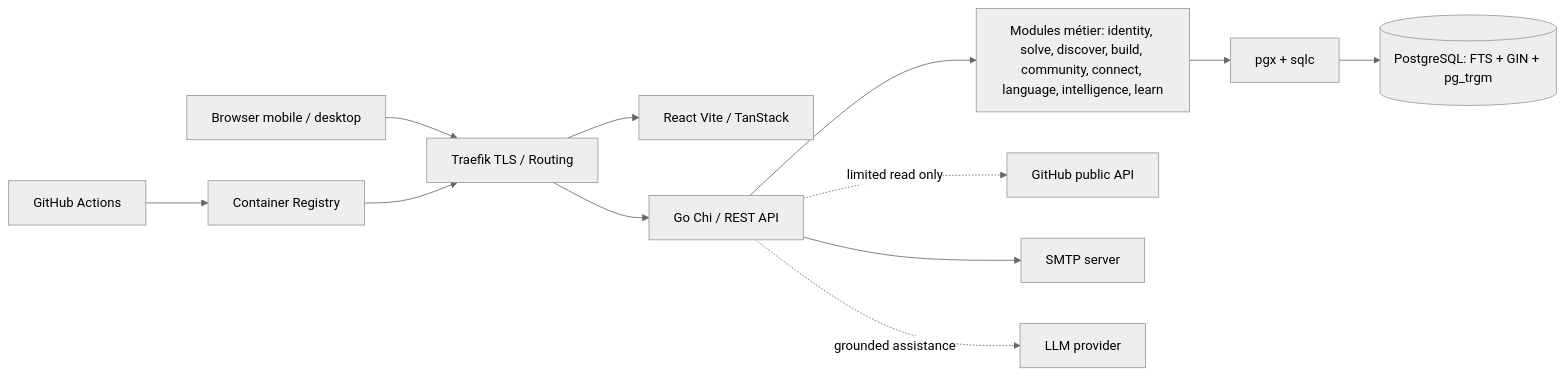
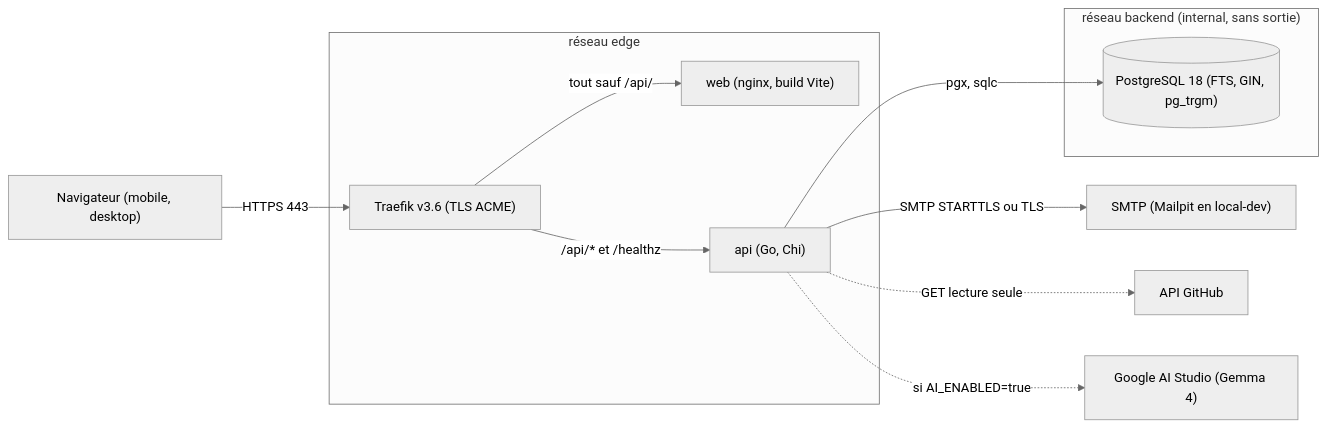
Before and after one commit to Y4NN777/226os: the first of 9 diagrams in docs/architecture/ARCHITECTURE.md, drawn with Mermaid (neutral theme). The commit also changed other lines of this file and 6 other files, not shown here.

First line of the commit message:
docs(architecture): software architecture of the current code, with diagrams

````diff
--- a/docs/architecture/ARCHITECTURE.md
+++ b/docs/architecture/ARCHITECTURE.md
@@ -5,14 +22,18 @@
 ```mermaid
 flowchart LR
-  User[Browser mobile / desktop] --> T[Traefik TLS / Routing]
-  T --> W[React Vite / TanStack]
-  T --> A[Go Chi / REST API]
-  A --> M[Modules métier: identity, solve, discover, build, community, connect, language, intelligence, learn]
-  M --> Q[pgx + sqlc]
-  Q --> P[(PostgreSQL: FTS + GIN + pg_trgm)]
-  A -. limited read only .-> GH[GitHub public API]
-  A --> SMTP[SMTP server]
-  A -. grounded assistance .-> LLM[LLM provider]
-  CI[GitHub Actions] --> IMG[Container Registry]
-  IMG --> T
+  B["Navigateur (mobile, desktop)"] -->|"HTTPS 443"| T["Traefik v3.6 (TLS ACME)"]
+  T -->|"tout sauf /api/"| W["web (nginx, build Vite)"]
+  T -->|"/api/* et /healthz"| A["api (Go, Chi)"]
+  A -->|"pgx, sqlc"| P[("PostgreSQL 18 (FTS, GIN, pg_trgm)")]
+  A -->|"SMTP STARTTLS ou TLS"| M["SMTP (Mailpit en local-dev)"]
+  A -.->|"GET lecture seule"| G["API GitHub"]
+  A -.->|"si AI_ENABLED=true"| L["Google AI Studio (Gemma 4)"]
+  subgraph edge ["réseau edge"]
+    T
+    W
+    A
+  end
+  subgraph backend ["réseau backend (internal, sans sortie)"]
+    P
+  end
 ```
````
